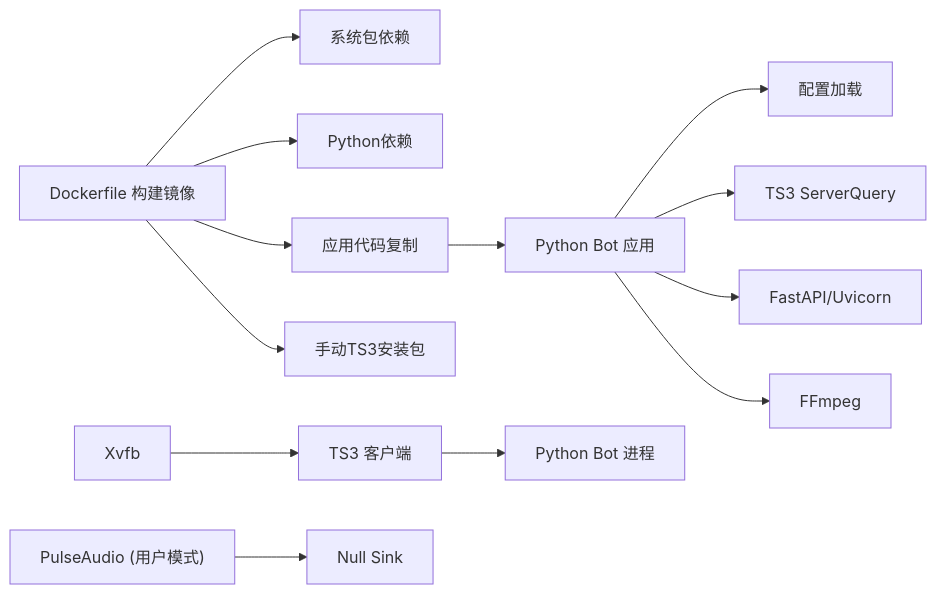
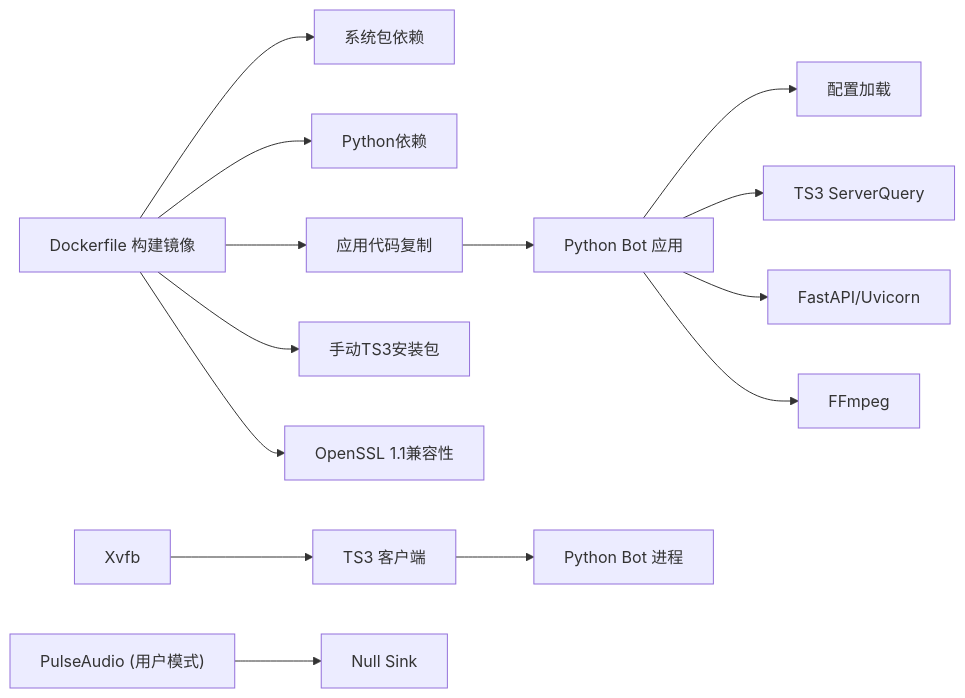
The third of 3 diagrams in .qoder/repowiki/zh/content/部署和运维/Docker容器化部署.md (GhoulOwl/Teamspeak3_Bot), drawn with Mermaid before and after one commit. The commit also changed other lines of this file and 5 other files, not shown here.

````diff
--- a/.qoder/repowiki/zh/content/部署和运维/Docker容器化部署.md
+++ b/.qoder/repowiki/zh/content/部署和运维/Docker容器化部署.md
@@ -253,15 +259,16 @@
 ```mermaid
 graph LR
 Dockerfile["Dockerfile 构建镜像"] --> SysPkgs["系统包依赖"]
 Dockerfile --> PyDeps["Python依赖"]
 Dockerfile --> AppCopy["应用代码复制"]
 Dockerfile --> TS3Manual["手动TS3安装包"]
+Dockerfile --> OpenSSLCompat["OpenSSL 1.1兼容性"]
 AppCopy --> Bot["Python Bot 应用"]
 Bot --> Config["配置加载"]
 Bot --> TS3["TS3 ServerQuery"]
 Bot --> Webhook["FastAPI/Uvicorn"]
 Bot --> FFmpeg["FFmpeg"]
 Xvfb["Xvfb"] --> TS3Client["TS3 客户端"]
 Pulse["PulseAudio (用户模式)"] --> NullSink["Null Sink"]
 TS3Client --> BotProc["Python Bot 进程"]
 ```
````
